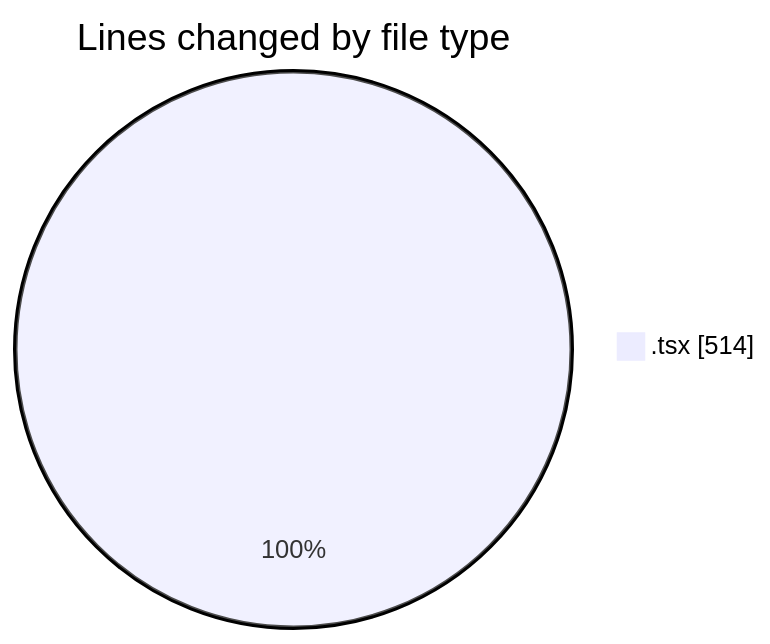
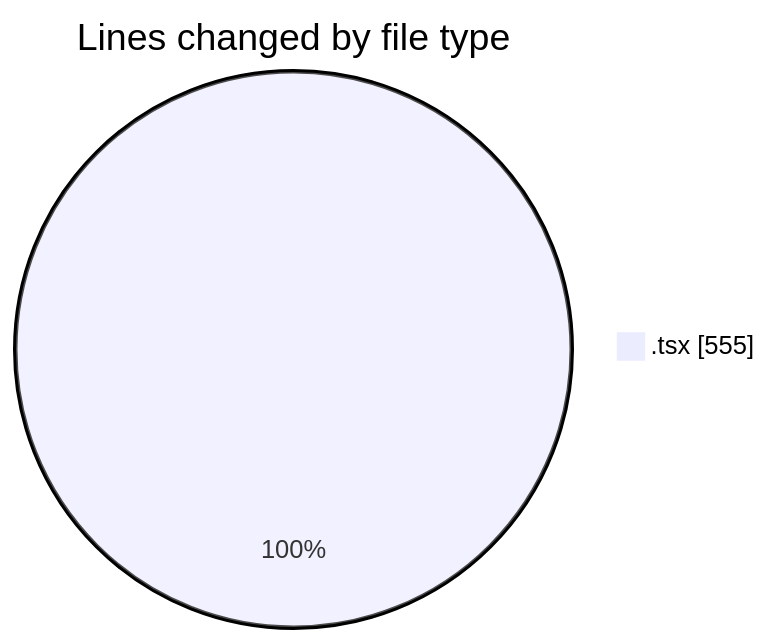
Before and after one commit to nxtqubesakshisongat/code-tracking: the first of 2 diagrams in 2026-04-19/airfeed-analytics-dashboard/README.md, drawn with Mermaid. The commit also changed other lines of this file and 1 other file, not shown here.

````diff
--- a/2026-04-19/airfeed-analytics-dashboard/README.md
+++ b/2026-04-19/airfeed-analytics-dashboard/README.md
@@ -21,5 +21,5 @@
 ```mermaid
 pie showData
 title Lines changed by file type
-".tsx" : 514
+".tsx" : 555
 ```
````
